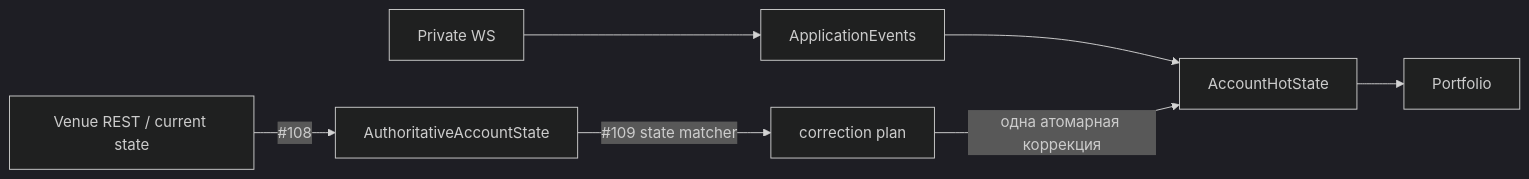
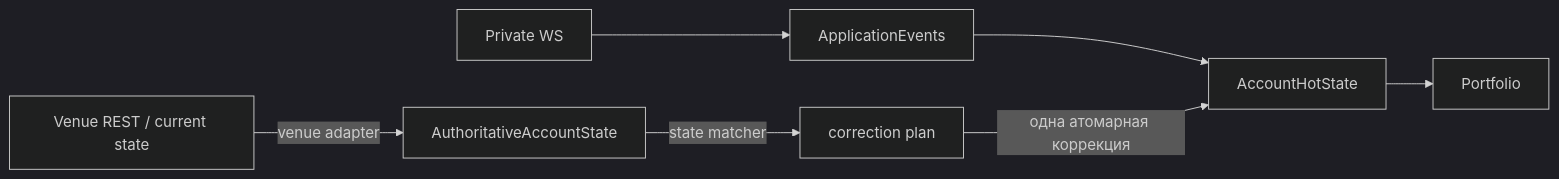
Before and after one commit to menvil/polymarket: the diagram in docs/guides/account-venue-state.md, drawn with Mermaid (dark theme). The commit also changed other lines of this file and 6 other files, not shown here.

First line of the commit message:
fix(account-reconciliation): narrow venue state contract before merge

````diff
--- a/docs/guides/account-venue-state.md
+++ b/docs/guides/account-venue-state.md
@@ -29,8 +32,8 @@
 ```mermaid
 flowchart LR
     WS[Private WS] --> EV[ApplicationEvents] --> HS[AccountHotState]
-    REST[Venue REST / current state] -->|#108| ST[AuthoritativeAccountState]
-    ST -->|#109 state matcher| PLAN[correction plan]
+    REST[Venue REST / current state] -->|venue adapter| ST[AuthoritativeAccountState]
+    ST -->|state matcher| PLAN[correction plan]
     PLAN -->|одна атомарная коррекция| HS
     HS --> PF[Portfolio]
 ```
````
